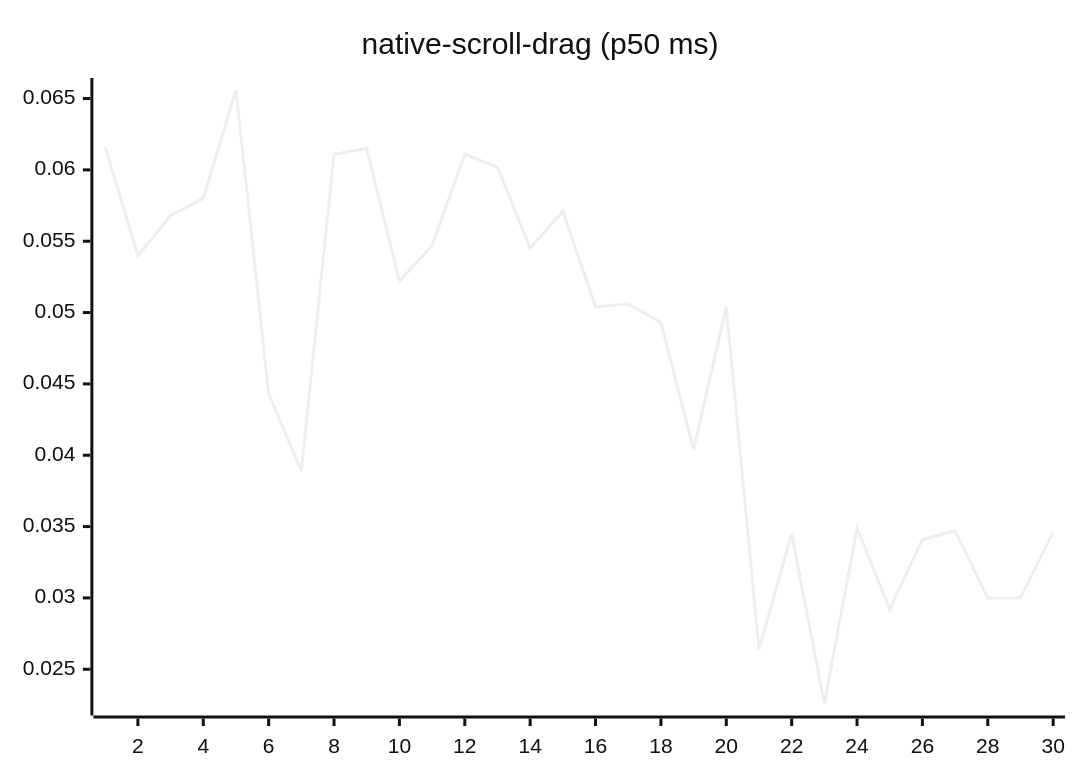
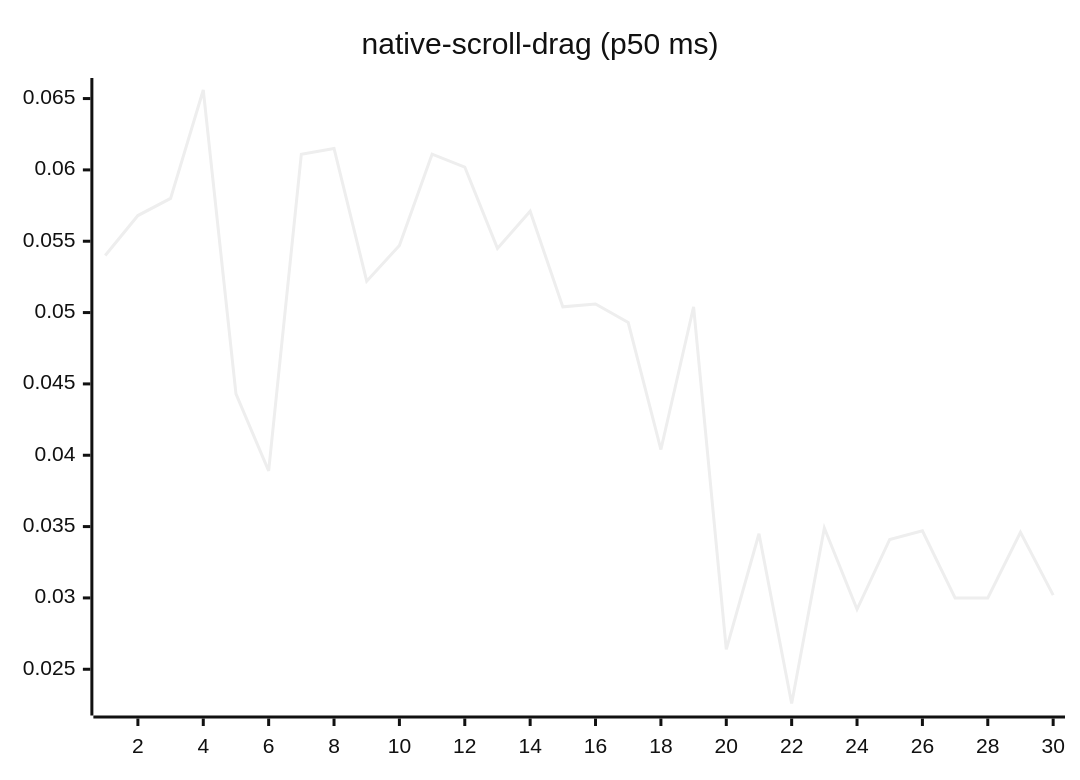
Before and after one commit to josha/Facet: diagram 14 of 27 in README.md, drawn with Mermaid (neutral theme). The commit also changed other lines of this file and 2 other files, not shown here.

````diff
--- a/README.md
+++ b/README.md
@@ -154,6 +154,6 @@
 ```mermaid
 xychart-beta
     title "native-scroll-drag (p50 ms)"
     x-axis 1 --> 30
-    line [0.0616, 0.0540, 0.0568, 0.0580, 0.0656, 0.0443, 0.0389, 0.0611, 0.0615, 0.0522, 0.0547, 0.0611, 0.0602, 0.0545, 0.0571, 0.0504, 0.0506, 0.0493, 0.0404, 0.0504, 0.0264, 0.0345, 0.0226, 0.0349, 0.0292, 0.0341, 0.0347, 0.0300, 0.0300, 0.0346]
+    line [0.0540, 0.0568, 0.0580, 0.0656, 0.0443, 0.0389, 0.0611, 0.0615, 0.0522, 0.0547, 0.0611, 0.0602, 0.0545, 0.0571, 0.0504, 0.0506, 0.0493, 0.0404, 0.0504, 0.0264, 0.0345, 0.0226, 0.0349, 0.0292, 0.0341, 0.0347, 0.0300, 0.0300, 0.0346, 0.0302]
 ```
````
